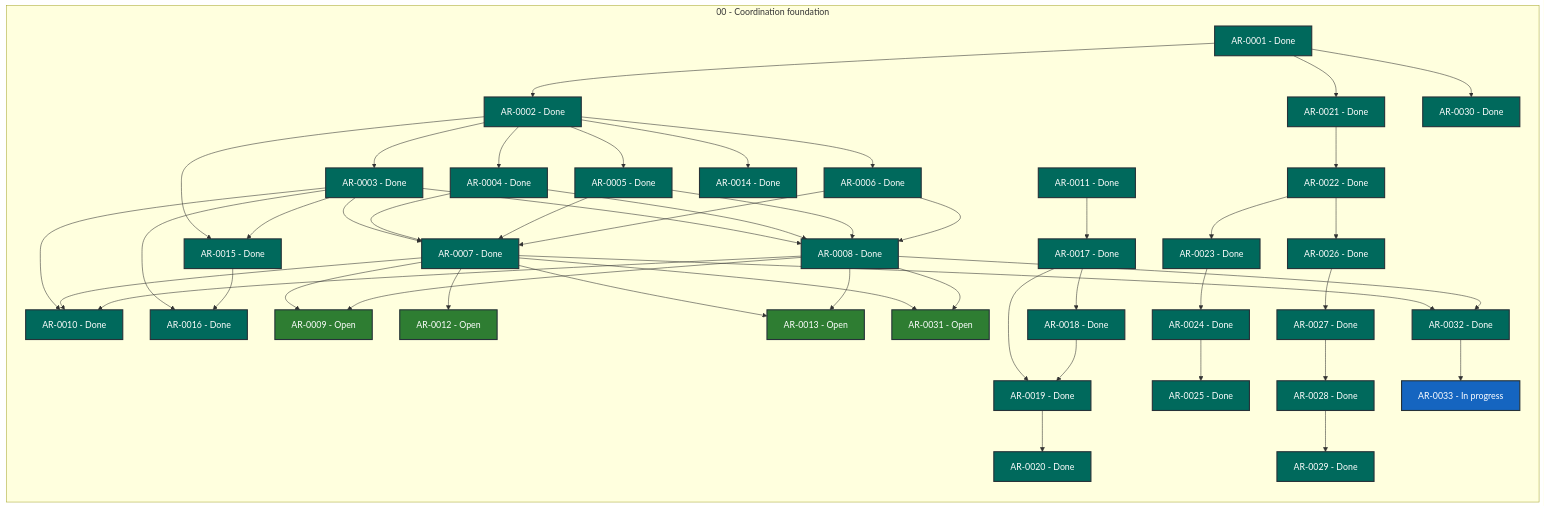
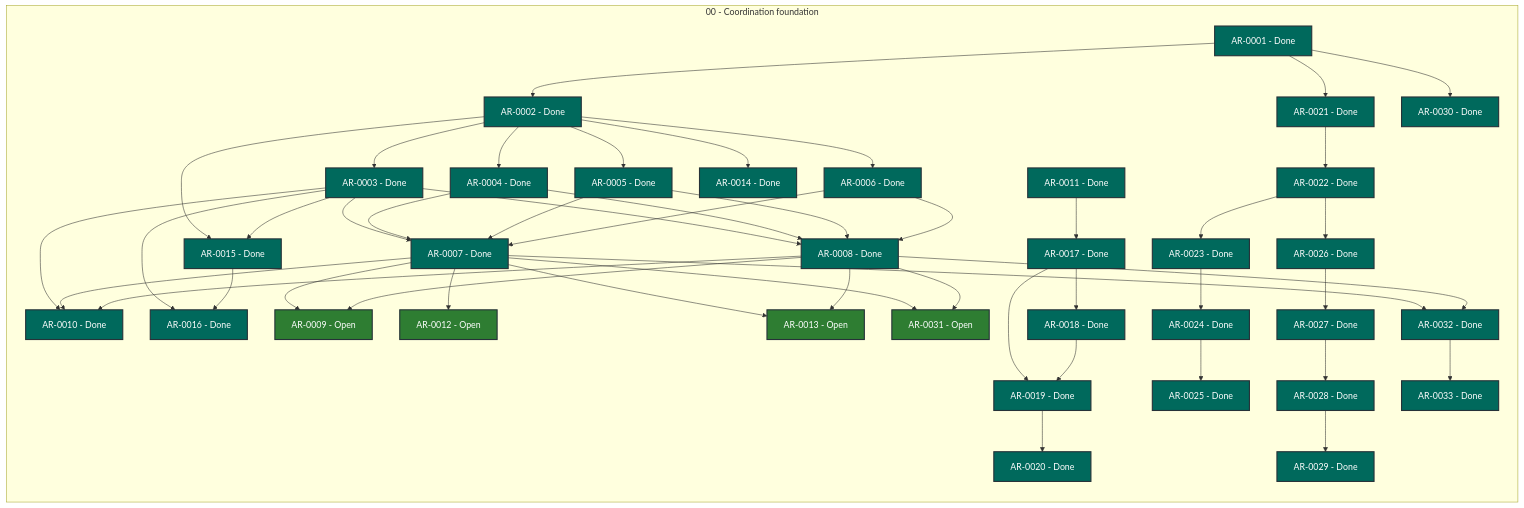
One commit to martin-beck/agent-workflow-coordinator-state changed the diagram in STATUS.md. Above: the diagram before and after it, drawn with Mermaid. The commit also changed other lines of this file and 2 other files, not shown here.

```diff
--- a/STATUS.md
+++ b/STATUS.md
@@ -60,7 +60,7 @@
         AR_0030["AR-0030 - Done"]:::status_done
         AR_0031["AR-0031 - Open"]:::status_open
         AR_0032["AR-0032 - Done"]:::status_done
-        AR_0033["AR-0033 - In progress"]:::status_in_progress
+        AR_0033["AR-0033 - Done"]:::status_done
     end
     AR_0001 --> AR_0002
     AR_0001 --> AR_0021
```
